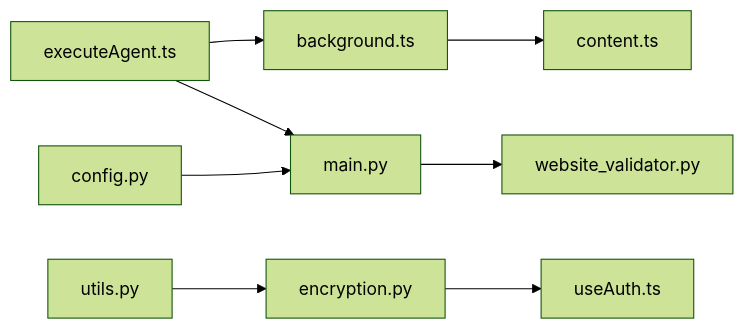
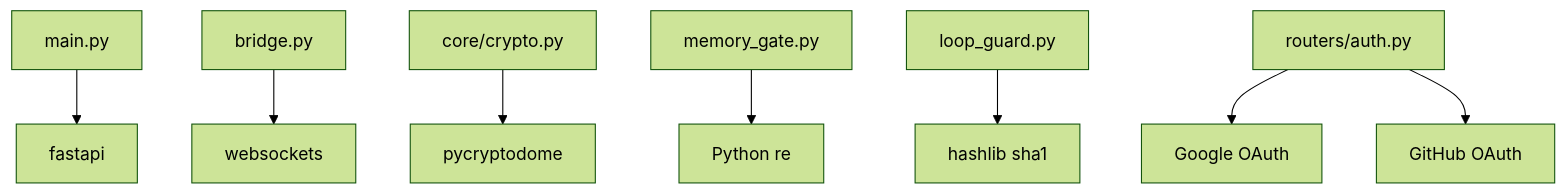
One commit to tashifkhan/tashif.codes changed the sixth of 6 diagrams in src/data/docs/agentic-browser/Security Considerations.md. Above: the diagram before and after it, drawn with Mermaid (forest theme). The commit also changed other lines of this file and 114 other files, not shown here.

````diff
--- a/src/data/docs/agentic-browser/Security Considerations.md
+++ b/src/data/docs/agentic-browser/Security Considerations.md
@@ -235,10 +170,10 @@
 ```mermaid
-graph LR
-EXG["executeAgent.ts"] --> BG["background.ts"]
-BG --> CT["content.ts"]
-EXG --> API["main.py"]
-API --> WV["website_validator.py"]
-ENC["encryption.py"] --> UA["useAuth.ts"]
-UTL["utils.py"] --> ENC
-CFG["config.py"] --> API
+graph TB
+  CORS["main.py"] --> FastAPI["fastapi"]
+  Bridge["bridge.py"] --> Websockets["websockets"]
+  Crypto["core/crypto.py"] --> PyCrypto["pycryptodome"]
+  Gate["memory_gate.py"] --> Regex["Python re"]
+  Guard["loop_guard.py"] --> Hash["hashlib sha1"]
+  Auth["routers/auth.py"] --> Google["Google OAuth"]
+  Auth --> GitHub["GitHub OAuth"]
 ```
````
